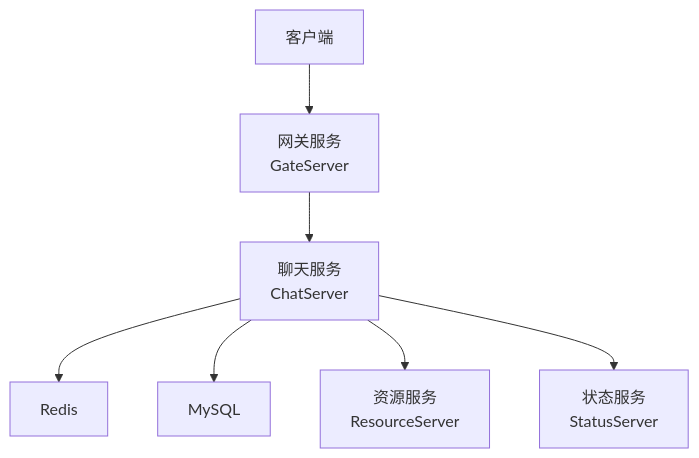
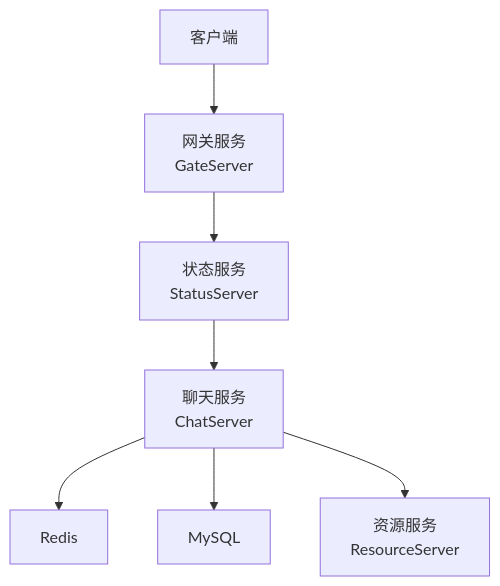
Before and after one commit to echo9923/mychatter: the first of 9 diagrams in .qoder/repowiki/zh/content/安全设计/数据安全保护/会话管理安全.md, drawn with Mermaid. The commit also changed other lines of this file and 107 other files, not shown here.

````diff
--- a/.qoder/repowiki/zh/content/安全设计/数据安全保护/会话管理安全.md
+++ b/.qoder/repowiki/zh/content/安全设计/数据安全保护/会话管理安全.md
@@ -46,9 +49,9 @@
 ```mermaid
 graph TB
 Client["客户端"] --> Gate["网关服务<br/>GateServer"]
-Gate --> Chat["聊天服务<br/>ChatServer"]
+Gate --> Status["状态服务<br/>StatusServer"]
+Status --> Chat["聊天服务<br/>ChatServer"]
 Chat --> Redis["Redis"]
 Chat --> DB["MySQL"]
 Chat --> Resource["资源服务<br/>ResourceServer"]
-Chat --> Status["状态服务<br/>StatusServer"]
 ```
````
